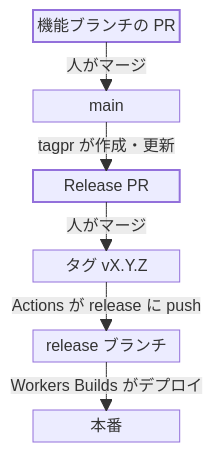
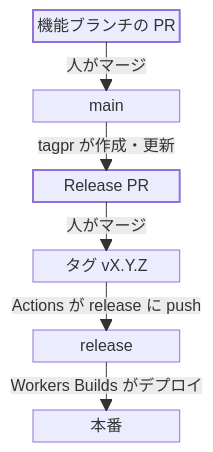
The diagram in notes/tagpr-workers-builds-release-flow.md (kfly8/notes), drawn with Mermaid before and after one commit.

Commit message:
図のブランチ名の表記を main に合わせて release にそろえる

````diff
--- a/notes/tagpr-workers-builds-release-flow.md
+++ b/notes/tagpr-workers-builds-release-flow.md
@@ -19,22 +19,22 @@
 ```mermaid
 block-beta
   columns 1
   feat["機能ブランチの PR"]
   space
   main["main"]
   space
   rpr["Release PR"]
   space
   tag["タグ vX.Y.Z"]
   space
-  rel["release ブランチ"]
+  rel["release"]
   space
   prod["本番"]
   feat -- "人がマージ" --> main
   main -- "tagpr が作成・更新" --> rpr
   rpr -- "人がマージ" --> tag
   tag -- "Actions が release に push" --> rel
   rel -- "Workers Builds がデプロイ" --> prod
   classDef accent stroke-width:2px
   class feat,rpr accent
 ```
````
